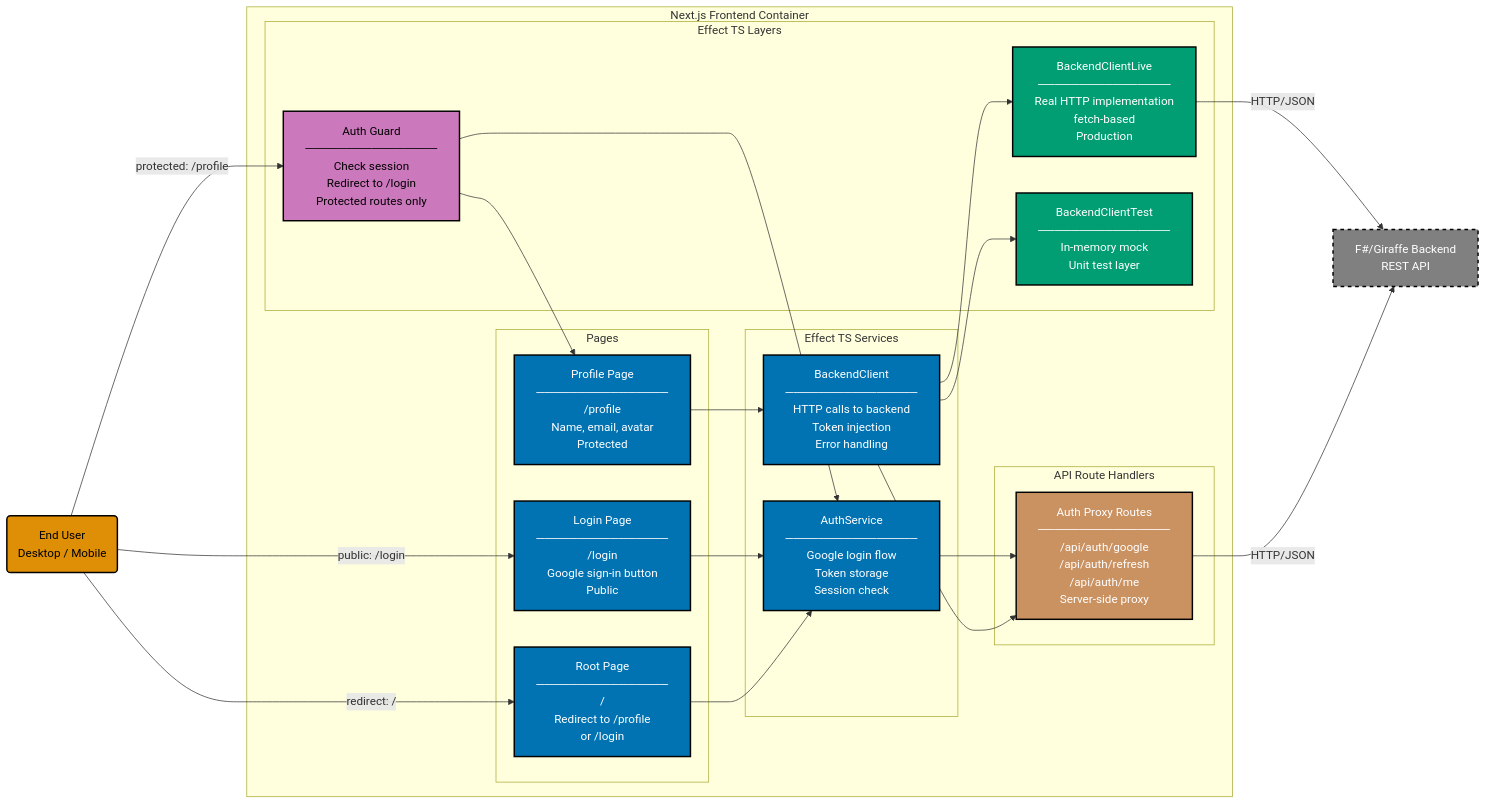
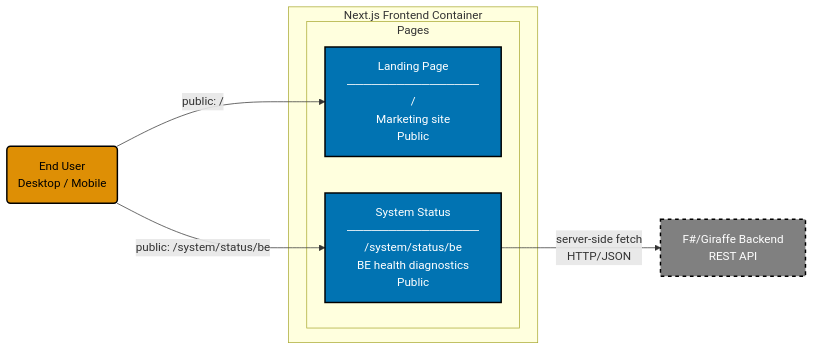
One commit to wahidyankf/open-sharia-enterprise changed the diagram in specs/apps/organiclever/c4/component-fe.md. Above: the diagram before and after it, drawn with Mermaid. The commit also changed other lines of this file and 4 other files, not shown here.

First line of the commit message:
docs(organiclever-c4): strip auth components from container, context, and component diagrams

````diff
--- a/specs/apps/organiclever/c4/component-fe.md
+++ b/specs/apps/organiclever/c4/component-fe.md
@@ -11,68 +12,25 @@
 ```mermaid
 %% Color Palette: Blue #0173B2 | Orange #DE8F05 | Teal #029E73 | Purple #CC78BC | Brown #CA9161 | Gray #808080
 graph LR
     EU("End User<br/>Desktop / Mobile"):::actor
 
     subgraph FE["Next.js Frontend Container"]
 
         subgraph LAYER1["Pages"]
-            LP["Login Page<br/>────────────────<br/>/login<br/>Google sign-in button<br/>Public"]:::page
-            PP["Profile Page<br/>────────────────<br/>/profile<br/>Name, email, avatar<br/>Protected"]:::page
-            RP["Root Page<br/>────────────────<br/>/<br/>Redirect to /profile<br/>or /login"]:::page
-        end
-
-        subgraph LAYER2["API Route Handlers"]
-            APRH["Auth Proxy Routes<br/>────────────────<br/>/api/auth/google<br/>/api/auth/refresh<br/>/api/auth/me<br/>Server-side proxy"]:::route
-        end
-
-        subgraph LAYER3["Effect TS Services"]
-            BCS["BackendClient<br/>────────────────<br/>HTTP calls to backend<br/>Token injection<br/>Error handling"]:::service
-            AS["AuthService<br/>────────────────<br/>Google login flow<br/>Token storage<br/>Session check"]:::service
-        end
-
-        subgraph LAYER4["Effect TS Layers"]
-            BCL["BackendClientLive<br/>────────────────<br/>Real HTTP implementation<br/>fetch-based<br/>Production"]:::layer
-            BCT["BackendClientTest<br/>────────────────<br/>In-memory mock<br/>Unit test layer"]:::layer
-            AG["Auth Guard<br/>────────────────<br/>Check session<br/>Redirect to /login<br/>Protected routes only"]:::guard
+            LANDING["Landing Page<br/>────────────────<br/>/<br/>Marketing site<br/>Public"]:::page
+            STATUS["System Status<br/>────────────────<br/>/system/status/be<br/>BE health diagnostics<br/>Public"]:::page
         end
 
     end
 
     BE["F#/Giraffe Backend<br/>REST API"]:::external
 
-    %% User entry points
-    EU -->|"public: /login"| LP
-    EU -->|"protected: /profile"| AG
-    EU -->|"redirect: /"| RP
+    EU -->|"public: /"| LANDING
+    EU -->|"public: /system/status/be"| STATUS
 
-    %% Auth Guard -> Pages
-    AG --> PP
-
-    %% Pages -> Services
-    LP --> AS
-    PP --> BCS
-    RP --> AS
-
-    %% API Route Handlers
-    AS --> APRH
-    BCS --> APRH
-
-    %% Services -> Layers
-    BCS --> BCL
-    BCS --> BCT
-
-    %% Layers -> Backend
-    BCL -->|"HTTP/JSON"| BE
-    APRH -->|"HTTP/JSON"| BE
-
-    %% Auth Guard -> Services
-    AG --> AS
+    STATUS -->|"server-side fetch<br/>HTTP/JSON"| BE
 
     classDef actor fill:#DE8F05,stroke:#000000,color:#000000,stroke-width:2px
     classDef page fill:#0173B2,stroke:#000000,color:#FFFFFF,stroke-width:2px
-    classDef route fill:#CA9161,stroke:#000000,color:#FFFFFF,stroke-width:2px
-    classDef service fill:#0173B2,stroke:#000000,color:#FFFFFF,stroke-width:2px
-    classDef layer fill:#029E73,stroke:#000000,color:#FFFFFF,stroke-width:2px
-    classDef guard fill:#CC78BC,stroke:#000000,color:#000000,stroke-width:2px
     classDef external fill:#808080,stroke:#000000,color:#FFFFFF,stroke-width:2px,stroke-dasharray:5 5
 ```
````
